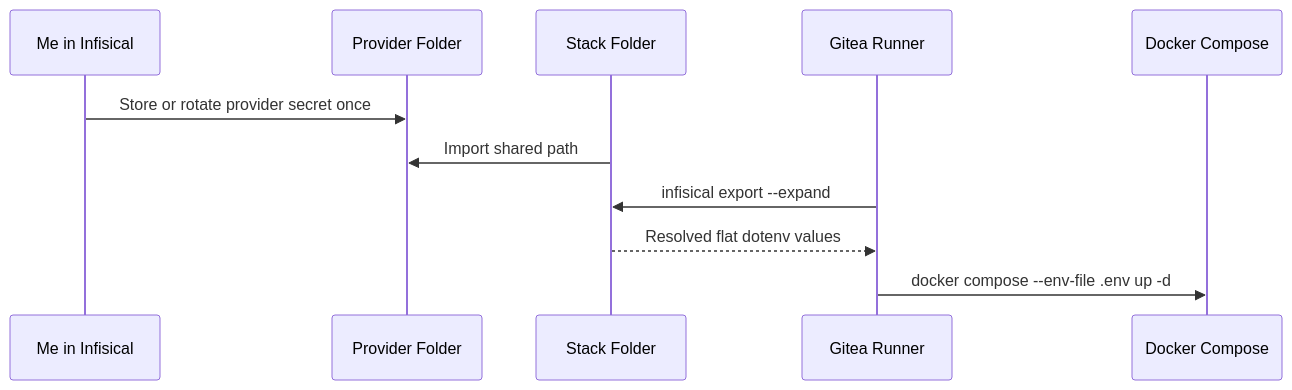
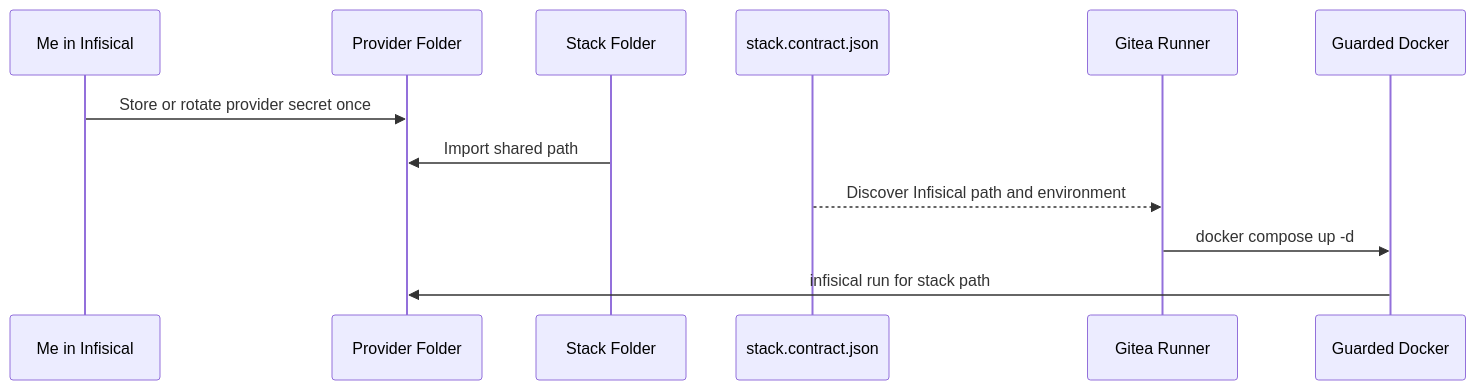
The second of 3 diagrams in _posts/2026-03-10-how-i-designed-my-infisical-secret-architecture.md (kriebb/kriebb.github.io), drawn with Mermaid before and after one commit. The commit also changed other lines of this file and 3 other files, not shown here.

````diff
--- a/_posts/2026-03-10-how-i-designed-my-infisical-secret-architecture.md
+++ b/_posts/2026-03-10-how-i-designed-my-infisical-secret-architecture.md
@@ -154,14 +152,15 @@
 ```mermaid
 sequenceDiagram
     participant Admin as Me in Infisical
     participant Vault as Provider Folder
     participant Stack as Stack Folder
+    participant Contract as stack.contract.json
     participant Runner as Gitea Runner
-    participant Runtime as Docker Compose
+    participant Runtime as Guarded Docker
 
     Admin->>Vault: Store or rotate provider secret once
     Stack->>Vault: Import shared path
-    Runner->>Stack: infisical export --expand
-    Stack-->>Runner: Resolved flat dotenv values
-    Runner->>Runtime: docker compose --env-file .env up -d
+    Contract-->>Runner: Discover Infisical path and environment
+    Runner->>Runtime: docker compose up -d
+    Runtime->>Vault: infisical run for stack path
 ```
````
